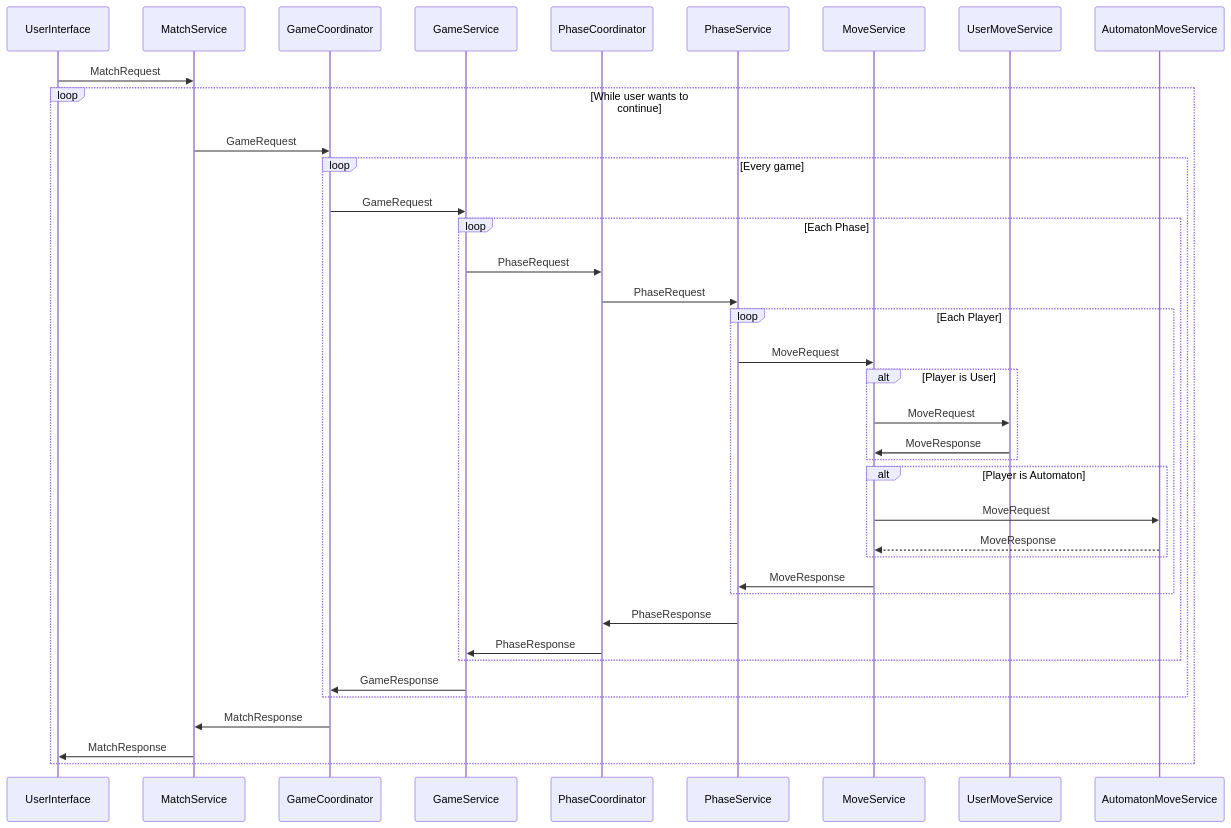
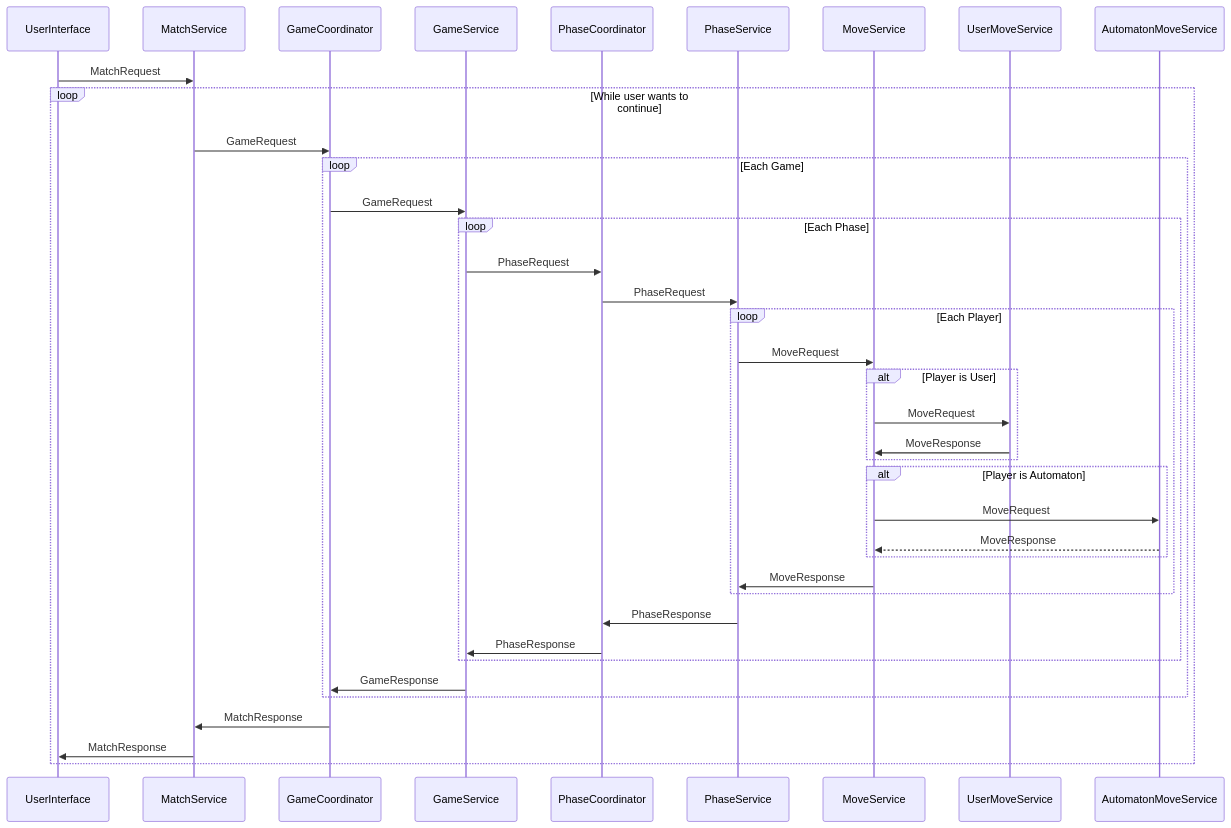
The diagram in src/Poker.Docs/sequence-diagram.md (OsborneSupremacy/poker-charidema), drawn with Mermaid before and after one commit. The commit also changed 9 other files, not shown here.

````diff
--- a/src/Poker.Docs/sequence-diagram.md
+++ b/src/Poker.Docs/sequence-diagram.md
@@ -3,54 +3,54 @@
 ```mermaid
 sequenceDiagram
     
     participant UserInterface
     participant MatchService
     participant GameCoordinator
     participant GameService
     participant PhaseCoordinator
     participant PhaseService
     participant MoveService
     participant UserMoveService
     participant AutomatonMoveService
     
     UserInterface->>MatchService : MatchRequest
     
     loop While user wants to continue
 
         MatchService->>GameCoordinator : GameRequest
 
-        loop Every game
+        loop Each Game
 
             GameCoordinator->>GameService : GameRequest
 
             loop Each Phase
 
                 GameService->>PhaseCoordinator : PhaseRequest
                 PhaseCoordinator->>PhaseService : PhaseRequest
 
                 loop Each Player
                     PhaseService->>MoveService : MoveRequest
                     alt Player is User
                         MoveService->>UserMoveService : MoveRequest
                         UserMoveService->>MoveService : MoveResponse
                     end
                     alt Player is Automaton
                         MoveService->>AutomatonMoveService : MoveRequest
                         AutomatonMoveService-->>MoveService : MoveResponse
                     end
                     MoveService->>PhaseService : MoveResponse
                 end
 
                 PhaseService->>PhaseCoordinator : PhaseResponse
                 PhaseCoordinator->>GameService : PhaseResponse
 
             end
 
             GameService->>GameCoordinator : GameResponse
         end
 
         GameCoordinator->>MatchService : MatchResponse
         MatchService->>UserInterface : MatchResponse    
     
     end
 ```
````
